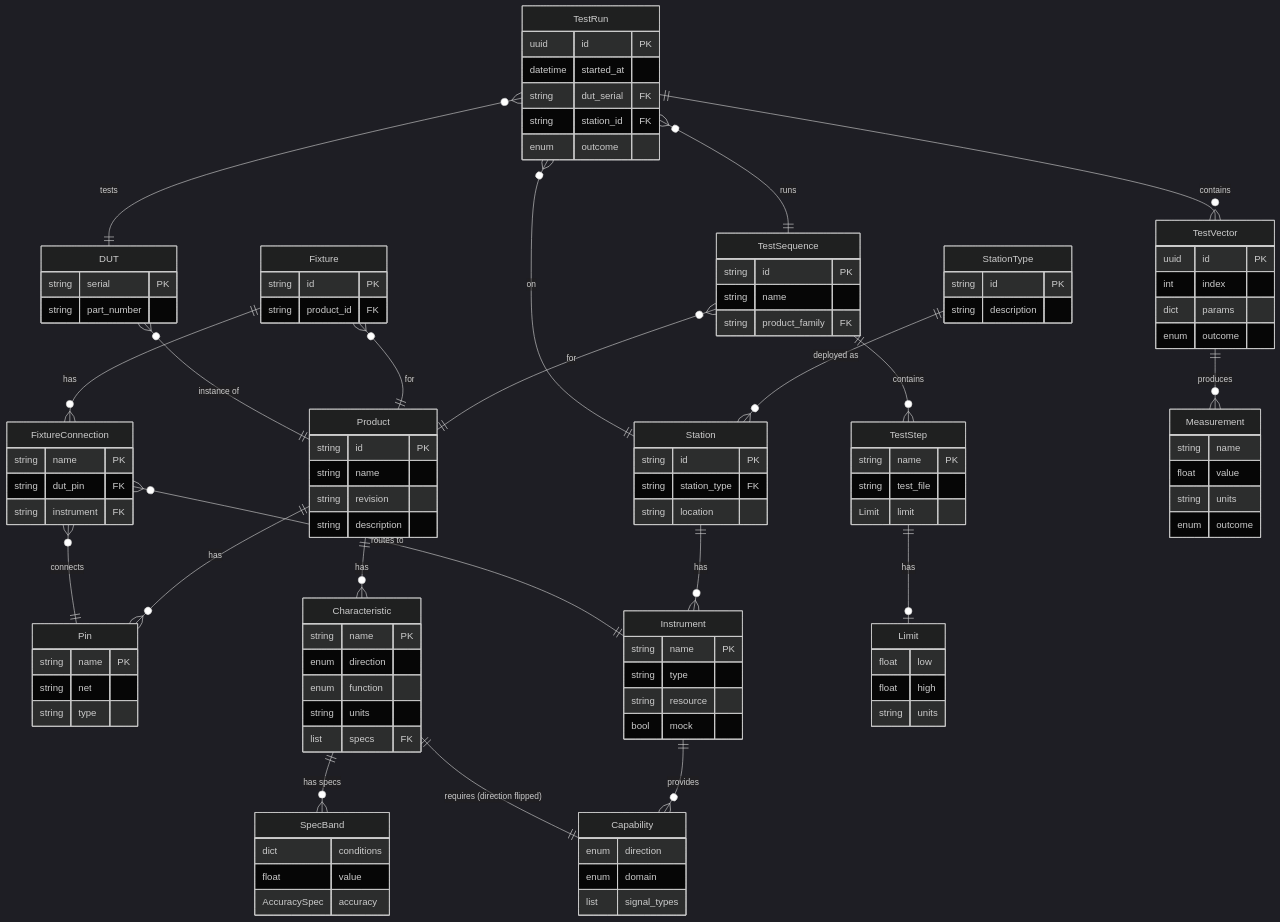
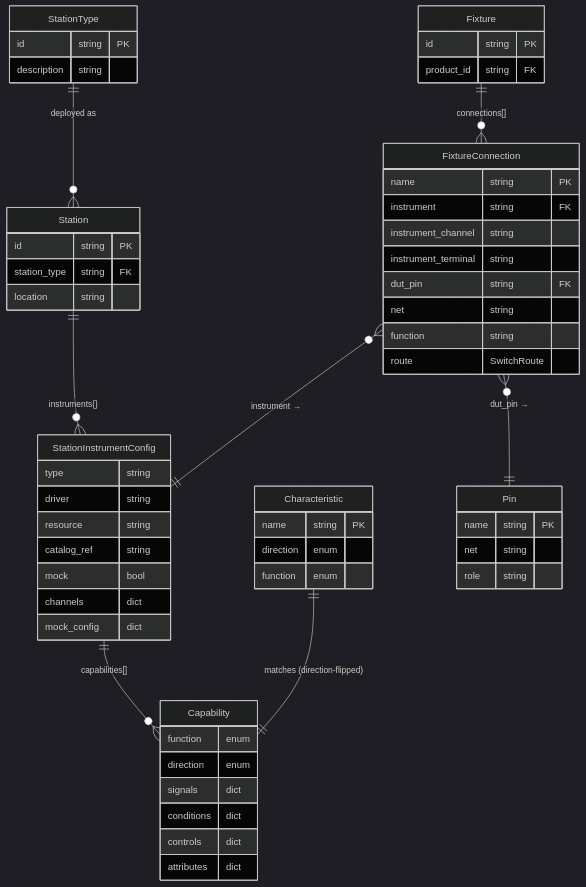
The fourth of 9 diagrams in docs/concepts/architecture.md (pragmatest-dev/testerkit), drawn with Mermaid (dark theme) before and after one commit. The commit also changed other lines of this file and 132 other files, not shown here.

````diff
--- a/docs/concepts/architecture.md
+++ b/docs/concepts/architecture.md
@@ -90,165 +121,61 @@
 ```mermaid
 erDiagram
-    %% ============================================
-    %% PRODUCT DEFINITIONS
-    %% ============================================
-
-    Product {
-        string id PK
-        string name
-        string revision
-        string description
+    StationType {
+        id string PK
+        description string
+    }
+    Station {
+        id string PK
+        station_type string FK
+        location string
+    }
+    StationInstrumentConfig {
+        type string
+        driver string
+        resource string
+        catalog_ref string
+        mock bool
+        channels dict
+        mock_config dict
+    }
+    Capability {
+        function enum
+        direction enum
+        signals dict
+        conditions dict
+        controls dict
+        attributes dict
+    }
+    Fixture {
+        id string PK
+        product_id string FK
+    }
+    FixtureConnection {
+        name string PK
+        instrument string FK
+        instrument_channel string
+        instrument_terminal string
+        dut_pin string FK
+        net string
+        function string
+        route SwitchRoute
+    }
+    Characteristic {
+        name string PK
+        direction enum
+        function enum
+    }
+    Pin {
+        name string PK
+        net string
+        role string
     }
 
-    Pin {
-        string name PK
-        string net
-        string type
-    }
-
-    Characteristic {
-        string name PK
-        enum direction
-        enum function
-        string units
-        list specs FK
-    }
-
-    SpecBand {
-        dict conditions
-        float value
-        AccuracySpec accuracy
-    }
-
-    %% ============================================
-    %% STATION & INSTRUMENTS
-    %% ============================================
-
-    StationType {
-        string id PK
-        string description
-    }
-
-    Station {
-        string id PK
-        string station_type FK
-        string location
-    }
-
-    Instrument {
-        string name PK
-        string type
-        string resource
-        bool mock
-    }
-
-    Capability {
-        enum direction
-        enum domain
-        list signal_types
-    }
-
-    %% ============================================
-    %% TEST CONFIGURATION
-    %% ============================================
-
-    TestSequence {
-        string id PK
-        string name
-        string product_family FK
-    }
-
-    TestStep {
-        string name PK
-        string test_file
-        Limit limit
-    }
-
-    Limit {
-        float low
-        float high
-        string units
-    }
-
-    %% ============================================
-    %% FIXTURES (Optional Bridge)
-    %% ============================================
-
-    Fixture {
-        string id PK
-        string product_id FK
-    }
-
-    FixtureConnection {
-        string name PK
-        string dut_pin FK
-        string instrument FK
-    }
-
-    %% ============================================
-    %% TEST EXECUTION (Runtime)
-    %% ============================================
-
-    DUT {
-        string serial PK
-        string part_number
-    }
-
-    TestRun {
-        uuid id PK
-        datetime started_at
-        string dut_serial FK
-        string station_id FK
-        enum outcome
-    }
-
-    TestVector {
-        uuid id PK
-        int index
-        dict params
-        enum outcome
-    }
-
-    Measurement {
-        string name
-        float value
-        string units
-        enum outcome
-    }
-
-    %% ============================================
-    %% RELATIONSHIPS
-    %% ============================================
-
-    %% Product structure
-    Product ||--o{ Pin : has
-    Product ||--o{ Characteristic : has
-    Characteristic ||--o{ SpecBand : "has specs"
-
-    %% Station structure
     StationType ||--o{ Station : "deployed as"
-    Station ||--o{ Instrument : has
-    Instrument ||--o{ Capability : provides
-
-    %% Test configuration
-    TestSequence ||--o{ TestStep : contains
-    TestSequence }o--|| Product : "for"
-    TestStep ||--o| Limit : has
-
-    %% Fixture (optional)
-    Fixture }o--|| Product : "for"
-    Fixture ||--o{ FixtureConnection : has
-    FixtureConnection }o--|| Pin : connects
-    FixtureConnection }o--|| Instrument : "routes to"
-
-    %% Capability matching
-    Characteristic ||--|| Capability : "requires (direction flipped)"
-
-    %% Test execution
-    DUT }o--|| Product : "instance of"
-    TestRun }o--|| DUT : tests
-    TestRun }o--|| Station : "on"
-    TestRun }o--|| TestSequence : runs
-    TestRun ||--o{ TestVector : contains
-    TestVector ||--o{ Measurement : produces
+    Station ||--o{ StationInstrumentConfig : "instruments{}"
+    StationInstrumentConfig ||--o{ Capability : "capabilities[]"
+    Fixture ||--o{ FixtureConnection : "connections[]"
+    FixtureConnection }o--|| Pin : "dut_pin →"
+    FixtureConnection }o--|| StationInstrumentConfig : "instrument →"
+    Characteristic ||--|| Capability : "matches (direction-flipped)"
 ```
````
